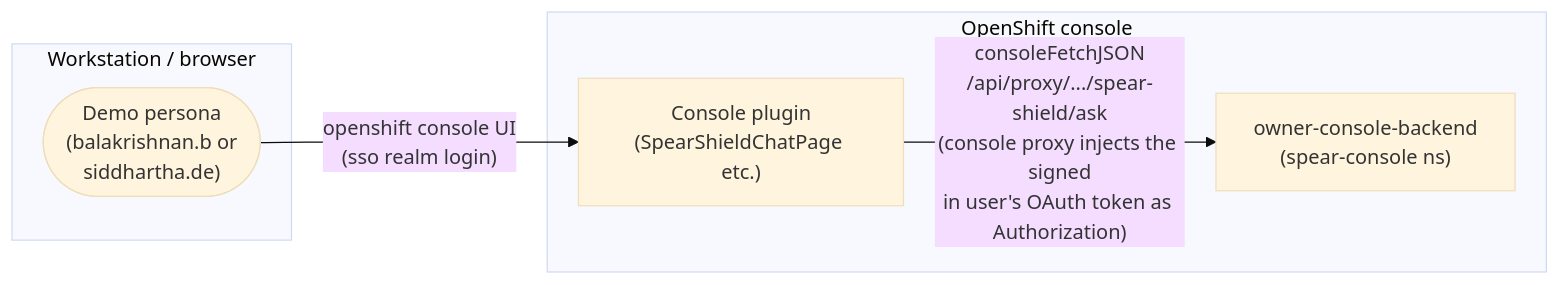
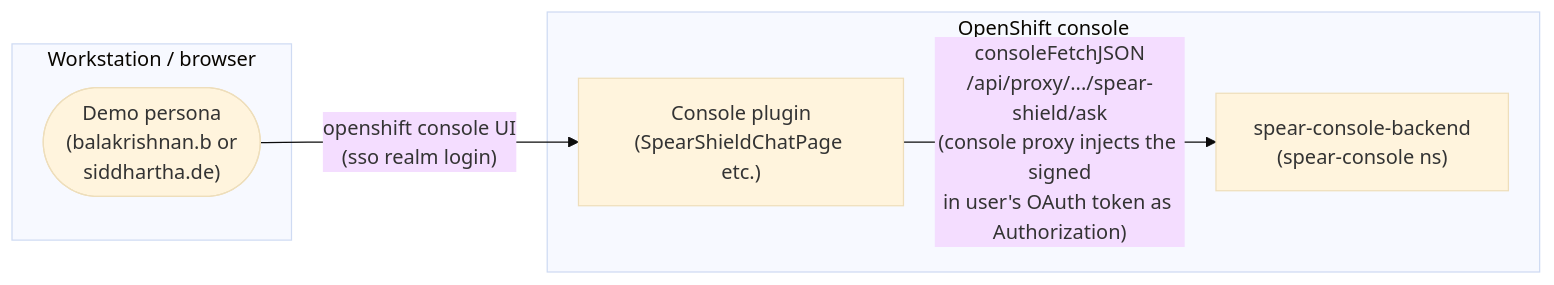
Before and after one commit to bbalakriz/spear: the first of 6 diagrams in Detailed architecture.md, drawn with Mermaid (base theme). The commit also changed other lines of this file and 93 other files, not shown here.

````diff
--- a/Detailed architecture.md
+++ b/Detailed architecture.md
@@ -29,14 +29,14 @@
 ```mermaid
 flowchart LR
     subgraph WB["Workstation / browser"]
         U(["Demo persona<br/>(balakrishnan.b or<br/>siddhartha.de)"])
     end
 
     subgraph OC["OpenShift console"]
         CP["Console plugin<br/>(SpearShieldChatPage etc.)"]
-        BK["owner-console-backend<br/>(spear-console ns)"]
+        BK["spear-console-backend<br/>(spear-console ns)"]
     end
 
     U -->|"openshift console UI<br/>(sso realm login)"| CP
     CP -->|"consoleFetchJSON<br/>/api/proxy/.../spear-shield/ask<br/>(console proxy injects the signed<br/>in user's OAuth token as Authorization)"| BK
 ```
````
